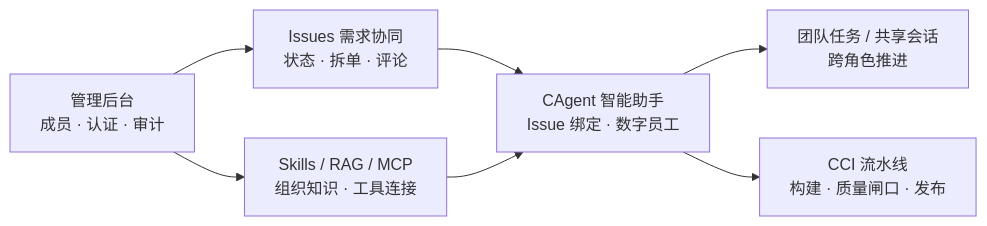
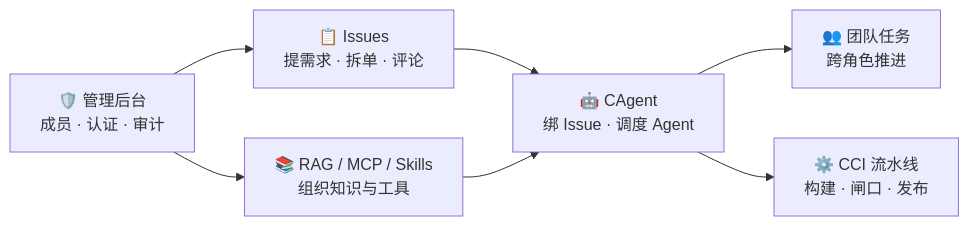
The first of 3 diagrams in readme.md (gaogg521/1ONE-ClaudeCode), drawn with Mermaid before and after one commit. The commit also changed other lines of this file, not shown here.

````diff
--- a/readme.md
+++ b/readme.md
@@ -92,15 +214,15 @@
 ```mermaid
 flowchart LR
-  A["Issues 需求协同<br/>状态 · 拆单 · 评论"]
-  B["CAgent 智能助手<br/>Issue 绑定 · 数字员工"]
-  C["团队任务 / 共享会话<br/>跨角色推进"]
-  D["Skills / RAG / MCP<br/>组织知识 · 工具连接"]
-  E["CCI 流水线<br/>构建 · 质量闸口 · 发布"]
-  F["管理后台<br/>成员 · 认证 · 审计"]
+  A["📋 Issues<br/>提需求 · 拆单 · 评论"]
+  B["🤖 CAgent<br/>绑 Issue · 调度 Agent"]
+  C["👥 团队任务<br/>跨角色推进"]
+  D["📚 RAG / MCP / Skills<br/>组织知识与工具"]
+  E["⚙️ CCI 流水线<br/>构建 · 闸口 · 发布"]
+  F["🛡️ 管理后台<br/>成员 · 认证 · 审计"]
 
   A --> B --> C
   D --> B
   B --> E
   F --> D
   F --> A
 ```
````
